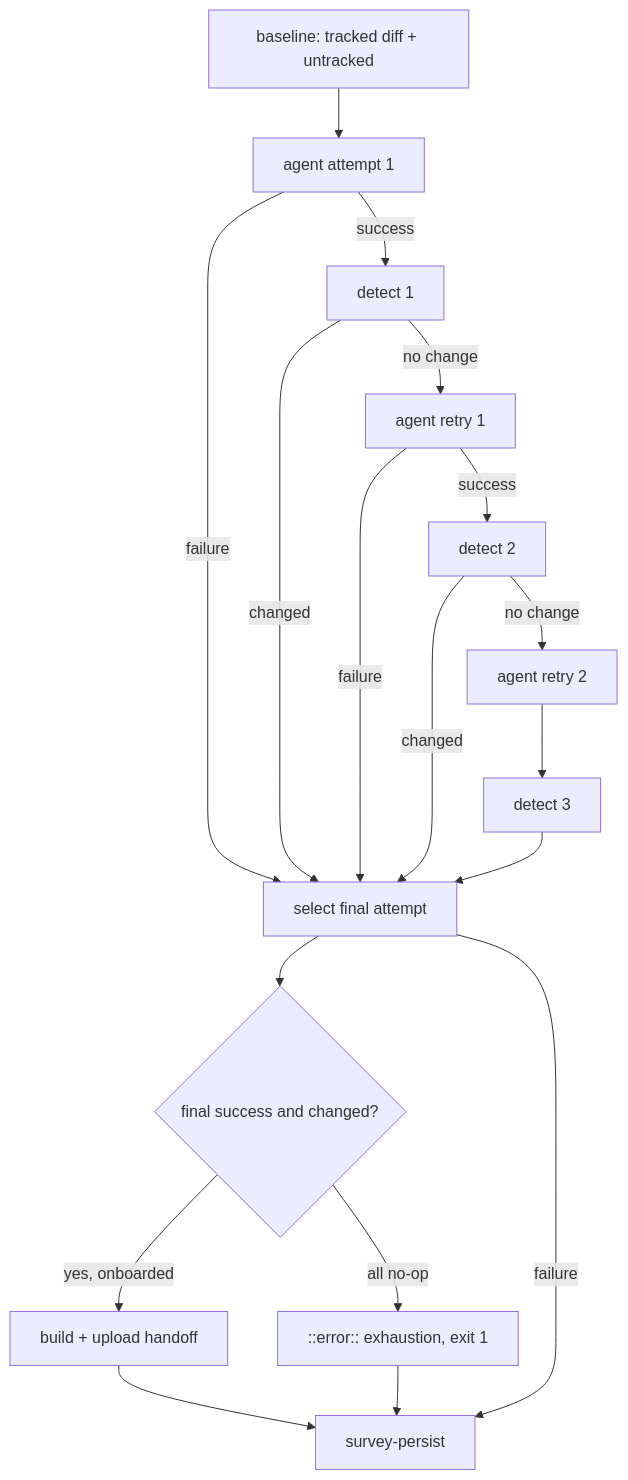
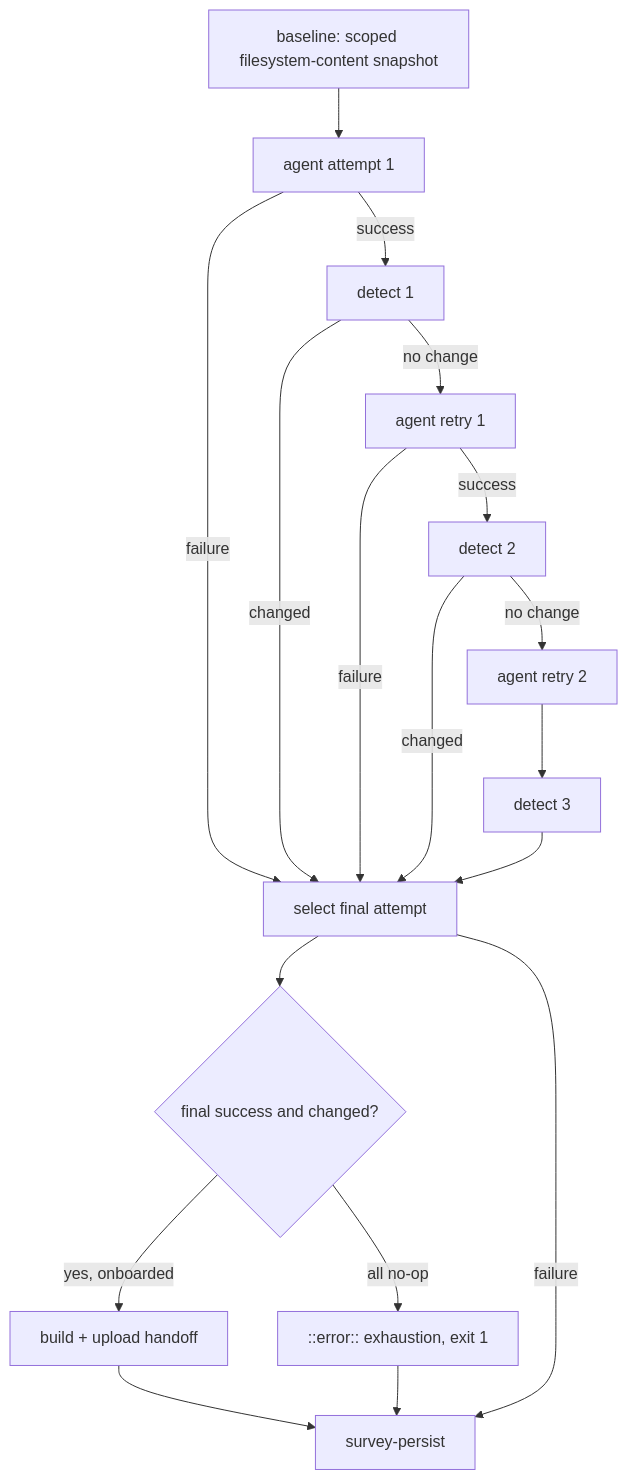
One commit to fro-bot/.github changed the diagram in docs/plans/2026-09-25-001-fix-survey-false-success-retry-plan.md. Above: the diagram before and after it, drawn with Mermaid. The commit also changed other lines of this file and 2 other files, not shown here.

````diff
--- a/docs/plans/2026-09-25-001-fix-survey-false-success-retry-plan.md
+++ b/docs/plans/2026-09-25-001-fix-survey-false-success-retry-plan.md
@@ -161,19 +161,19 @@
 ```mermaid
 flowchart TD
-  B[baseline: tracked diff + untracked] --> A1[agent attempt 1]
+  B[baseline: scoped filesystem-content snapshot] --> A1[agent attempt 1]
   A1 -->|failure| SEL
   A1 -->|success| D1[detect 1]
   D1 -->|changed| SEL[select final attempt]
   D1 -->|no change| A2[agent retry 1]
   A2 -->|failure| SEL
   A2 -->|success| D2[detect 2]
   D2 -->|changed| SEL
   D2 -->|no change| A3[agent retry 2]
   A3 --> D3[detect 3] --> SEL
   SEL --> H{final success and changed?}
   H -->|yes, onboarded| HB[build + upload handoff]
   H -->|all no-op| EX["::error:: exhaustion, exit 1"]
   HB --> P[survey-persist]
   EX --> P
   SEL -->|failure| P
 ```
````
